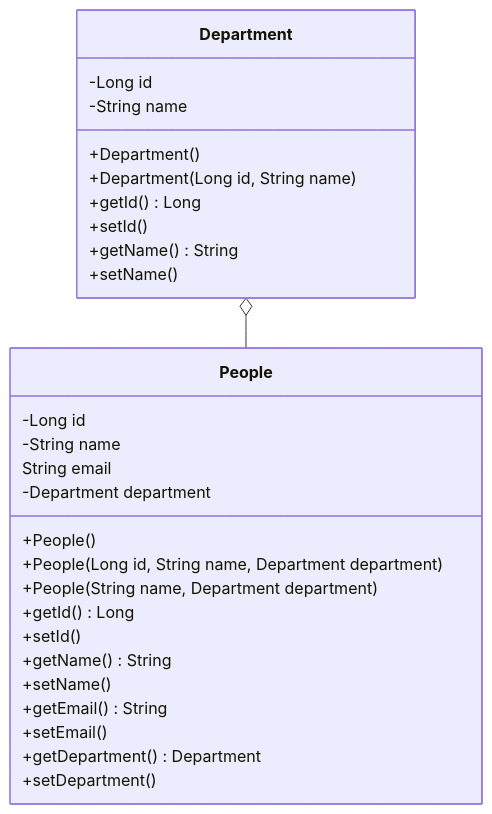
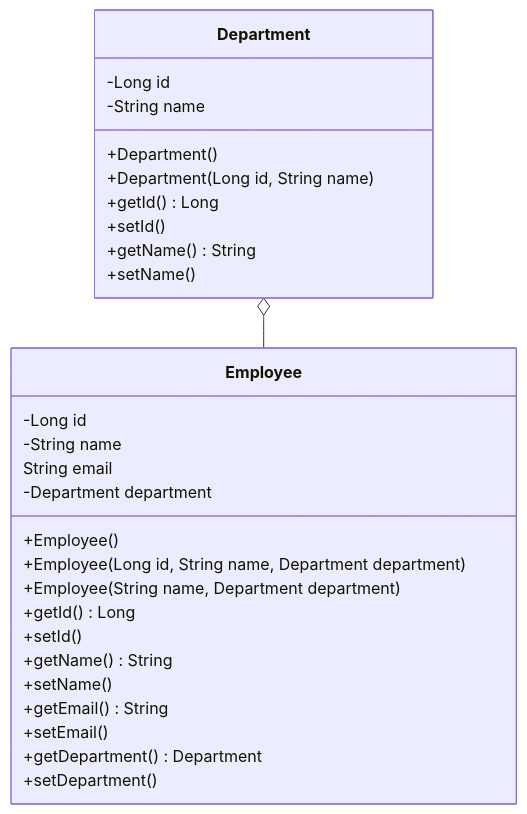
One commit to kdukoelho/demo-restful-api changed the second of 2 diagrams in README.md. Above: the diagram before and after it, drawn with Mermaid. The commit also changed other lines of this file, not shown here.

````diff
--- a/README.md
+++ b/README.md
@@ -34,31 +33,31 @@
 ```mermaid
 classDiagram
-Department o-- People
-class People{
+Department o-- Employee
+class Employee{
 -Long id
 -String name
 String email
 -Department department
-+People()
-+People(Long id, String name, Department department)
-+People(String name, Department department)
++Employee()
++Employee(Long id, String name, Department department)
++Employee(String name, Department department)
 +getId() Long
 +setId()
 +getName() String
 +setName()
 +getEmail() String
 +setEmail()
 +getDepartment() Department
 +setDepartment()
 }
 class Department{
 -Long id
 -String name
 +Department()
 +Department(Long id, String name)
 +getId() Long
 +setId()
 +getName() String
 +setName()
 }
 ```
````
